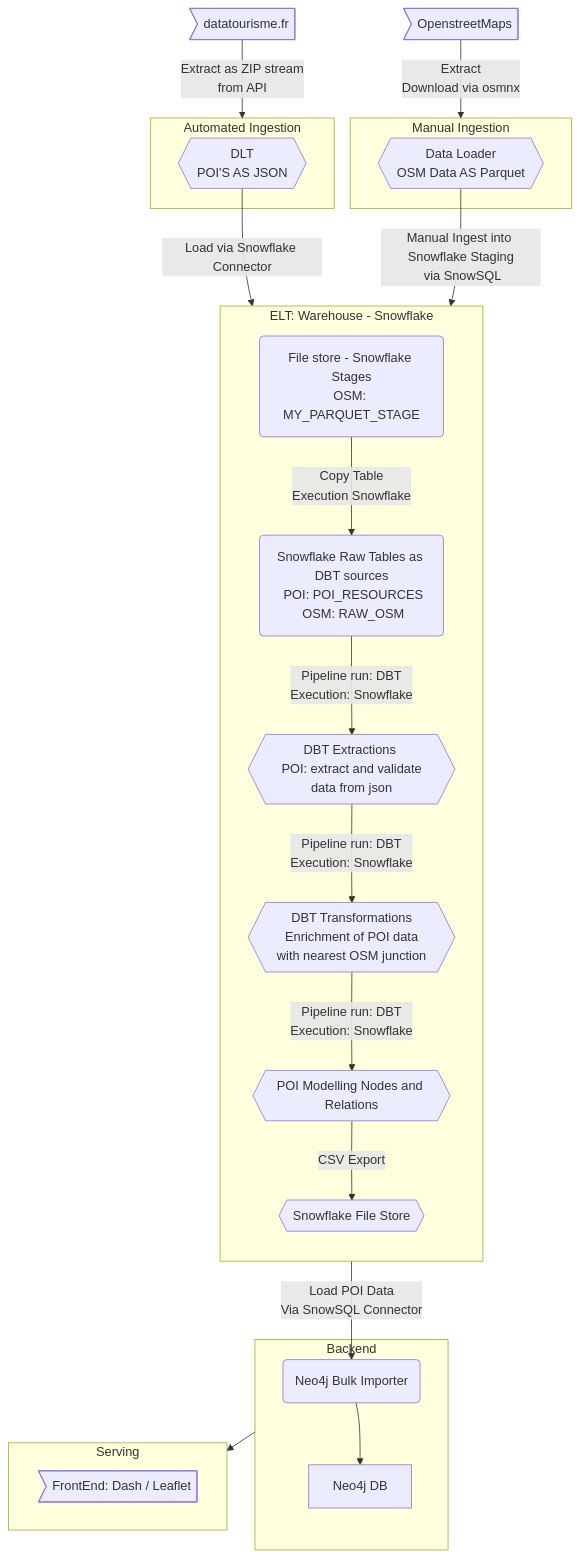
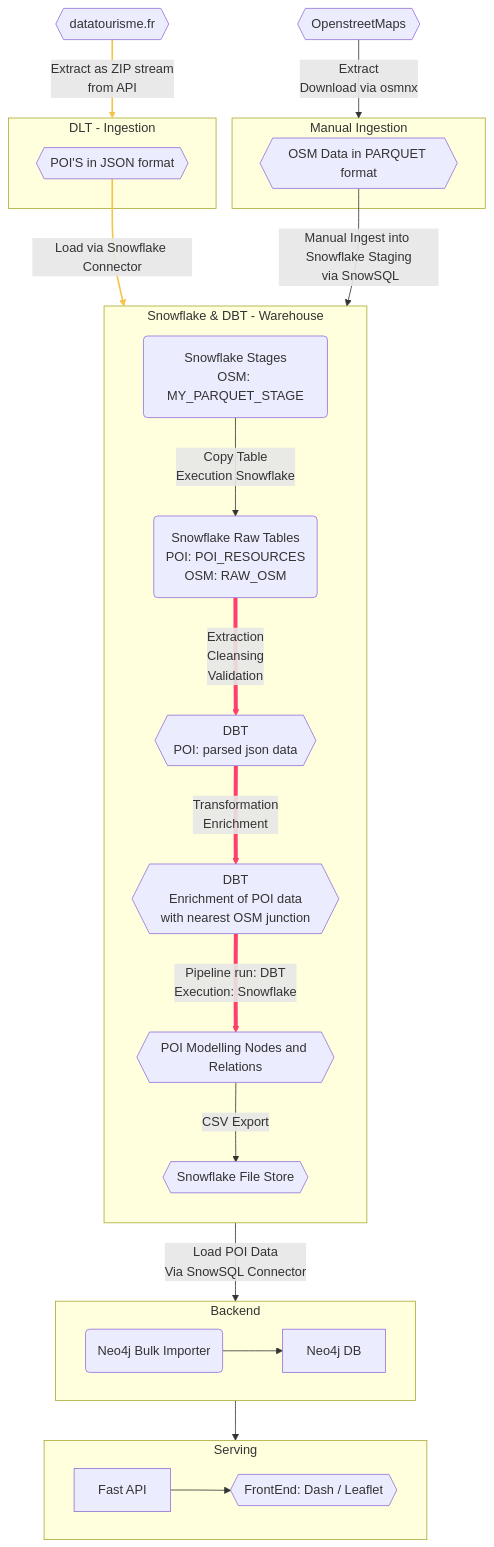
One commit to MatthausHaberkorn/de_dbtsnow_poi changed the first of 2 diagrams in README.md. Above: the diagram before and after it, drawn with Mermaid.

Commit message:
updated data lineage in readme

````diff
--- a/README.md
+++ b/README.md
@@ -136,39 +136,45 @@
 ```mermaid
 flowchart TB
-    id1>datatourisme.fr]
-    id3>OpenstreetMaps]
-    subgraph  id10 [Manual Ingestion]
-        id2{{Data Loader\nOSM Data AS Parquet}}
+    id1{{datatourisme.fr}}
+    id2{{OpenstreetMaps}}
+    subgraph  id3 [Manual Ingestion]
+        id4{{OSM Data in PARQUET format}}
     end
 
-    id3-- Extract\n Download via osmnx -->id10
+    id2-- Extract\n Download via osmnx -->id3
 
-    subgraph id40 [Automated Ingestion]
-        id41{{DLT\nPOI'S AS JSON}}
+    subgraph id5 [DLT - Ingestion]
+        id6{{POI'S in JSON format}}
     end
-    id41-- Load via Snowflake Connector-->id31
-    id1 -- Extract as ZIP stream\nfrom API -->id40
-    subgraph id14 [ELT: Warehouse - Snowflake]
+    id6-- Load via Snowflake Connector-->id10
+    id1 -- Extract as ZIP stream\nfrom API -->id5
+    subgraph id8 [Snowflake & DBT - Warehouse]
         direction TB
-        id21(File store - Snowflake Stages\nOSM: MY_PARQUET_STAGE)--Copy Table\nExecution Snowflake-->
-        id31(Snowflake Raw Tables as DBT sources\n POI: POI_RESOURCES\n OSM: RAW_OSM)--Pipeline run: DBT\n Execution: Snowflake  -->
-        id22{{DBT Extractions \n POI: extract and validate data from json }}--Pipeline run: DBT\n Execution: Snowflake  -->
-        id23{{DBT Transformations\n Enrichment of POI data with nearest OSM junction}}
-        id23-- Pipeline run: DBT\n Execution: Snowflake -->id24{{POI Modelling Nodes and Relations}}
-        id24--CSV Export-->id25{{Snowflake File Store}}
+        id9(Snowflake Stages\nOSM: MY_PARQUET_STAGE)--Copy Table\nExecution Snowflake-->
+        id10(Snowflake Raw Tables\n POI: POI_RESOURCES\n OSM: RAW_OSM)--"`Extraction
+        Cleansing
+        Validation`"-->
+        id11{{DBT\n POI: parsed json data}}--Transformation\nEnrichment  -->
+        id12{{DBT\n Enrichment of POI data with nearest OSM junction}}
+        id12-- Pipeline run: DBT\n Execution: Snowflake -->id13{{POI Modelling Nodes and Relations}}
+        id13--CSV Export-->id14{{Snowflake File Store}}
     end
 
-    id2 -- Manual Ingest into Snowflake Staging\n via SnowSQL --> id21
-    subgraph id12 [Backend]
+    id4 -- Manual Ingest into Snowflake Staging\n via SnowSQL --> id9
+    subgraph id15 [Backend]
 
-        id6(Neo4j Bulk Importer) --> id7[Neo4j DB]
+        id16(Neo4j Bulk Importer) --> id17[Neo4j DB]
+
     end
 
-    id25 -- Load POI Data\n Via SnowSQL Connector --> id6
+    id14 -- Load POI Data\n Via SnowSQL Connector --> id15
 
-    subgraph id13 [Serving]
-        id9>FrontEnd: Dash / Leaflet]
+    subgraph id19 [Serving]
+
+        id18[Fast API]-->id20{{FrontEnd: Dash / Leaflet}}
     end
-    id12 --> id13
+    id15 --> id19
 
+ linkStyle 4,5,6 stroke:#ff3e6d,stroke-width:5px;
+ linkStyle 1,2 stroke:#f6c344,stroke-width:2px;
 ```
````
